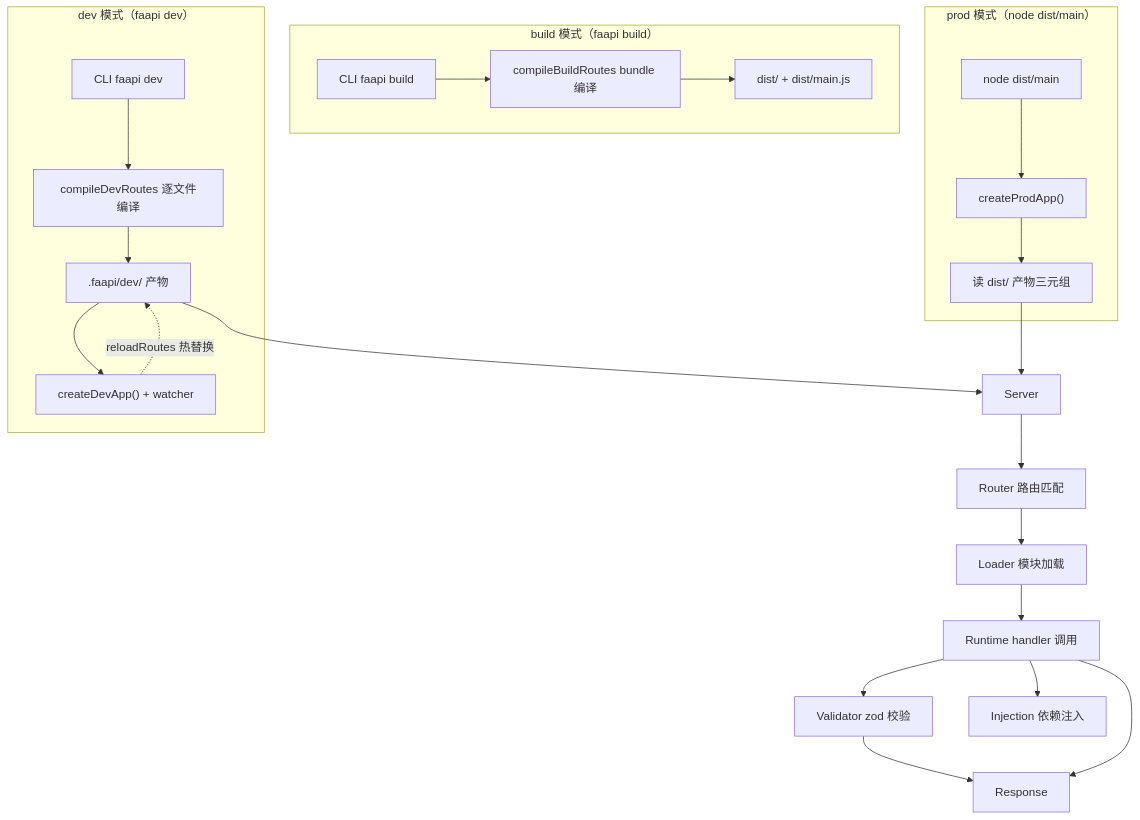
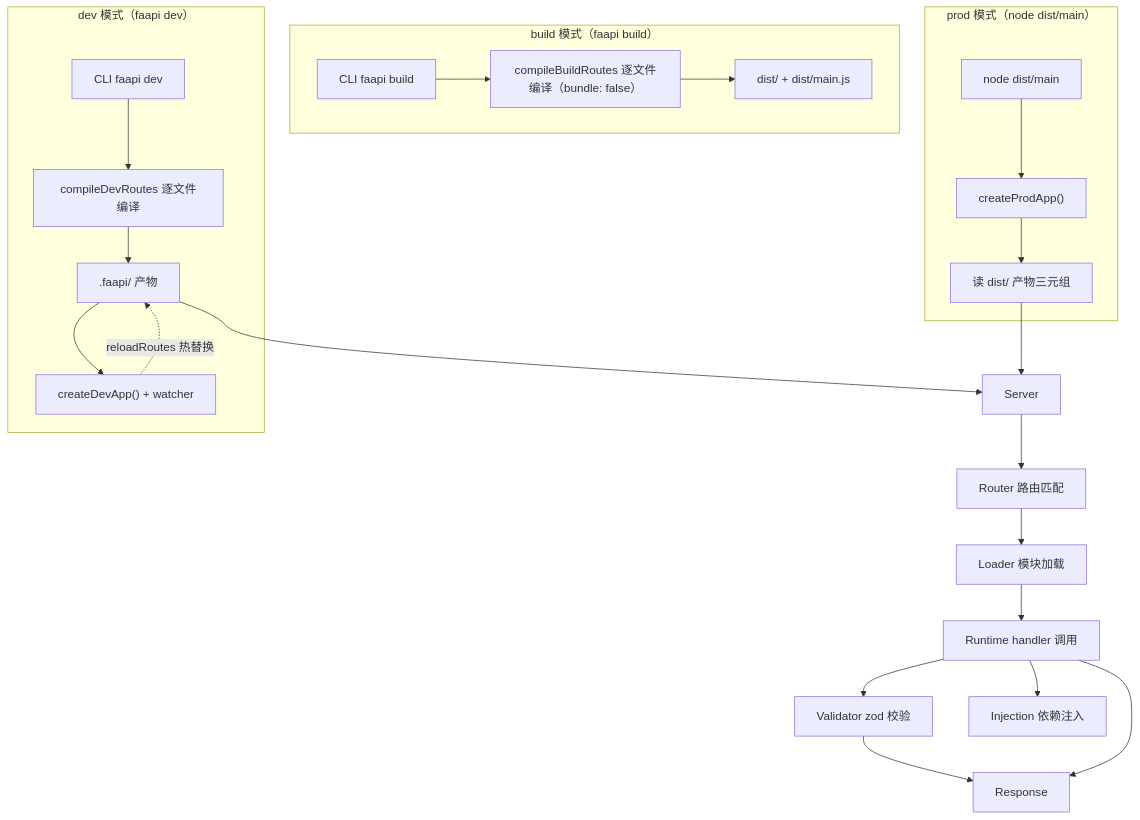
One commit to faapi/faapi changed the diagram in README.md. Above: the diagram before and after it, drawn with Mermaid. The commit also changed other lines of this file and 53 other files, not shown here.

````diff
--- a/README.md
+++ b/README.md
@@ -22,26 +22,26 @@
 ```mermaid
 graph TD
     subgraph dev["dev 模式（faapi dev）"]
         A1["CLI faapi dev"] --> B1["compileDevRoutes 逐文件编译"]
-        B1 --> C1[".faapi/dev/ 产物"]
+        B1 --> C1[".faapi/ 产物"]
         C1 --> D1["createDevApp() + watcher"]
         D1 -.->|"reloadRoutes 热替换"| C1
     end
     subgraph build["build 模式（faapi build）"]
-        A2["CLI faapi build"] --> B2["compileBuildRoutes bundle 编译"]
+        A2["CLI faapi build"] --> B2["compileBuildRoutes 逐文件编译（bundle: false）"]
         B2 --> C2["dist/ + dist/main.js"]
     end
     subgraph prod["prod 模式（node dist/main）"]
         A3["node dist/main"] --> D2["createProdApp()"]
         D2 --> C3["读 dist/ 产物三元组"]
     end
     C1 --> S["Server"]
     C3 --> S
     S --> R["Router 路由匹配"]
     R --> L["Loader 模块加载"]
     L --> RT["Runtime handler 调用"]
     RT --> V["Validator zod 校验"]
     RT --> I["Injection 依赖注入"]
     V --> RESP["Response"]
     RT --> RESP
 ```
````
